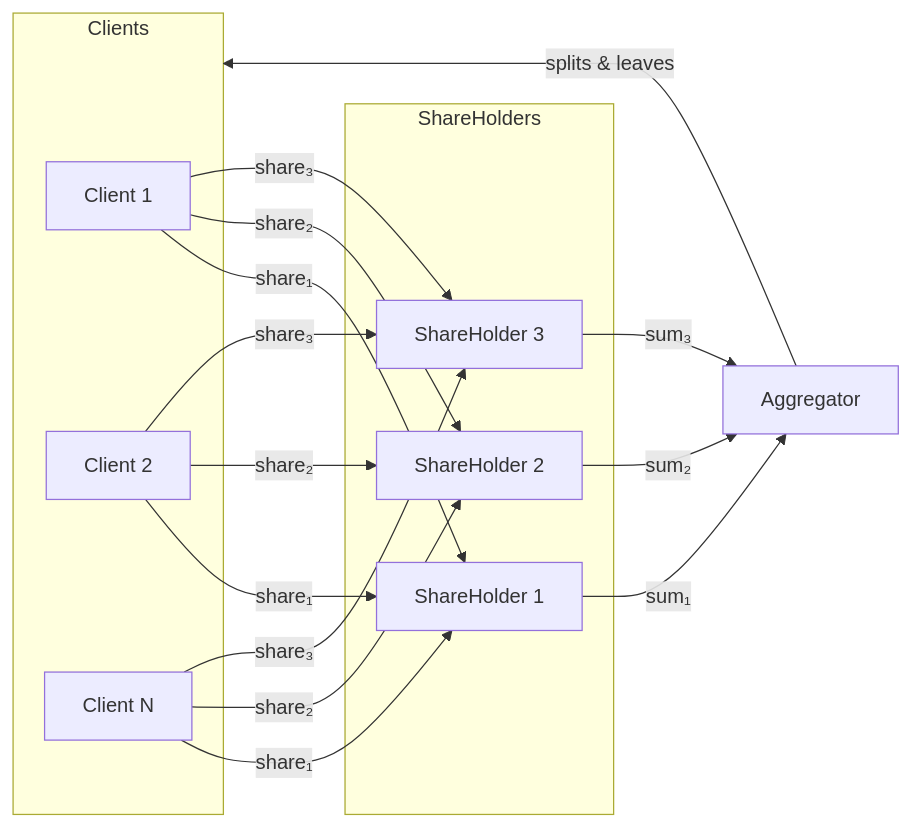
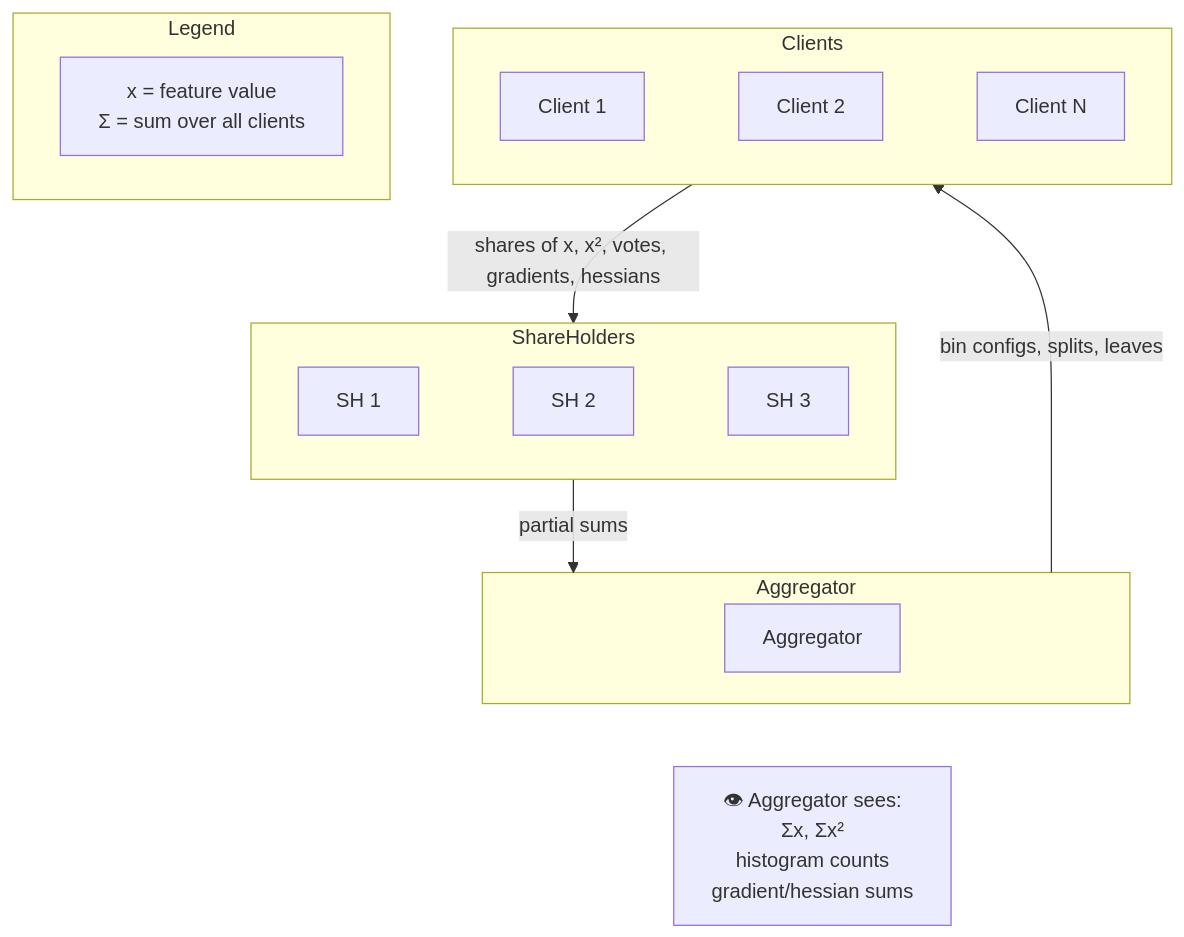
The diagram in docs/plans/2026-01-12-privateboost-design.md (MyelinZ/privateboost), drawn with Mermaid before and after one commit. The commit also changed other lines of this file and 3 other files, not shown here.

````diff
--- a/docs/plans/2026-01-12-privateboost-design.md
+++ b/docs/plans/2026-01-12-privateboost-design.md
@@ -7,34 +7,28 @@
 ```mermaid
-flowchart LR
-    subgraph Clients
-        C1[Client 1]
-        C2[Client 2]
-        C3[Client N]
+flowchart TB
+    subgraph Aggregator
+        AGG[Aggregator]
     end
 
+    NOTE["#128065; Aggregator sees:<br/>Σx, Σx²<br/>histogram counts<br/>gradient/hessian sums"]
+
     subgraph ShareHolders
-        SH1[ShareHolder 1]
-        SH2[ShareHolder 2]
-        SH3[ShareHolder 3]
+        direction LR
+        SH1[SH 1] ~~~ SH2[SH 2] ~~~ SH3[SH 3]
     end
 
-    AGG[Aggregator]
+    subgraph Clients
+        direction LR
+        C1[Client 1] ~~~ C2[Client 2] ~~~ C3[Client N]
+    end
 
-    C1 -->|share₁| SH1
-    C1 -->|share₂| SH2
-    C1 -->|share₃| SH3
+    subgraph Legend
+        direction LR
+        L["x = feature value<br/>Σ = sum over all clients"]
+    end
 
-    C2 -->|share₁| SH1
-    C2 -->|share₂| SH2
-    C2 -->|share₃| SH3
-
-    C3 -->|share₁| SH1
-    C3 -->|share₂| SH2
-    C3 -->|share₃| SH3
-
-    SH1 -->|sum₁| AGG
-    SH2 -->|sum₂| AGG
-    SH3 -->|sum₃| AGG
-
-    AGG -->|splits & leaves| Clients
+    Clients -->|"shares of x, x², votes, gradients, hessians"| ShareHolders
+    ShareHolders -->|"partial sums"| Aggregator
+    Aggregator -->|"bin configs, splits, leaves"| Clients
+    AGG ~~~ NOTE
 ```
````
